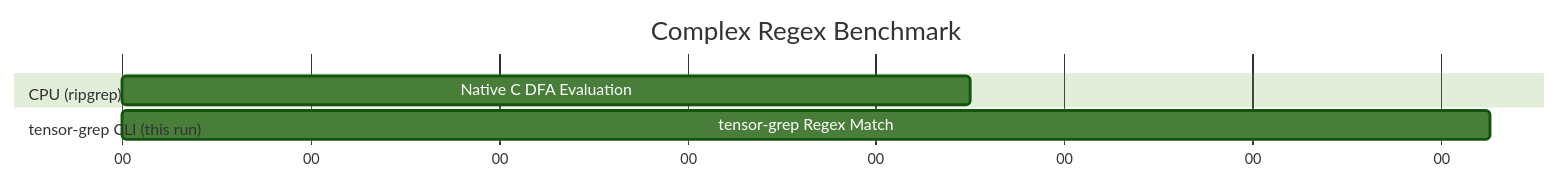
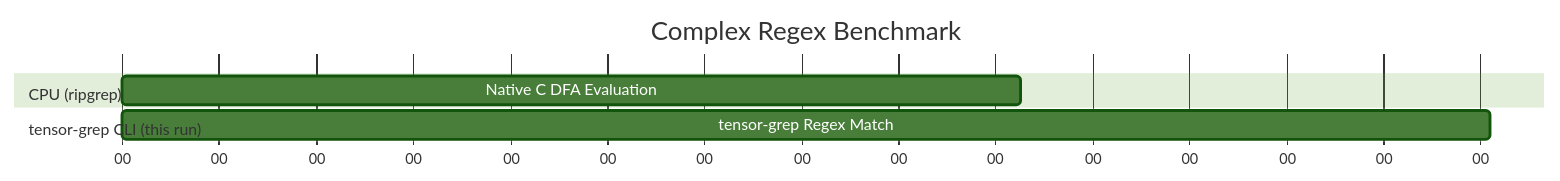
One commit to oimiragieo/tensor-grep changed the second of 3 diagrams in docs/PAPER.md. Above: the diagram before and after it, drawn with Mermaid (forest theme). The commit also changed other lines of this file and 2 other files, not shown here.

````diff
--- a/docs/PAPER.md
+++ b/docs/PAPER.md
@@ -102,12 +102,12 @@
 ```mermaid
 gantt
     title Complex Regex Benchmark
     dateFormat  s
     axisFormat %S
     
     section CPU (ripgrep)
-    Native C DFA Evaluation :a1, 0, 0.450s
+    Native C DFA Evaluation :a1, 0, 0.463s
     
     section tensor-grep CLI (this run)
-    tensor-grep Regex Match :a2, 0, 0.726s
+    tensor-grep Regex Match :a2, 0, 0.705s
 ```
````
